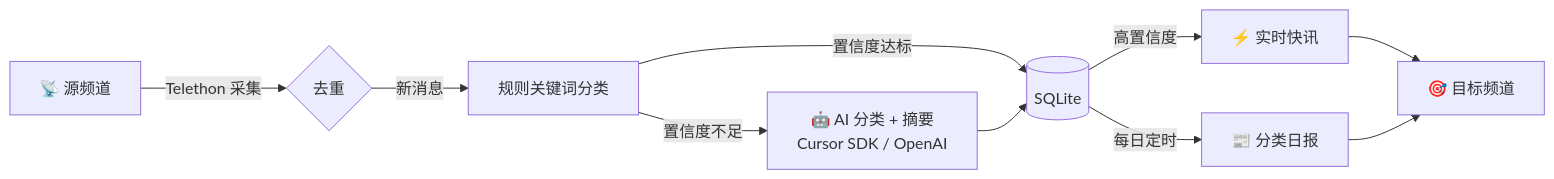
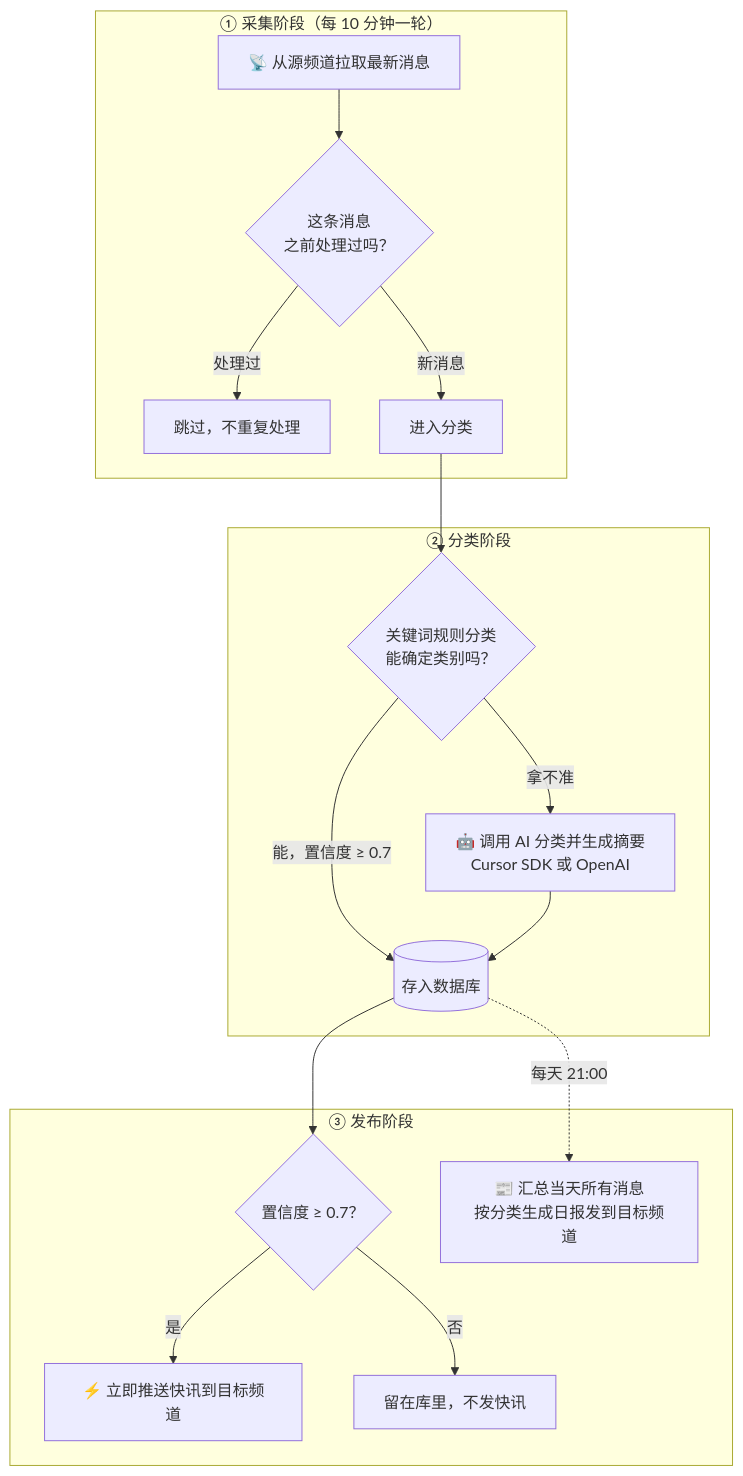
The diagram in README.md (WoYinDao/Tgnewsbot-octo-umbrella), drawn with Mermaid before and after one commit. The commit also changed other lines of this file, not shown here.

Commit message:
docs: 重写工作流程章节，分阶段图示 + 逐步文字说明

````diff
--- a/README.md
+++ b/README.md
@@ -34,12 +36,22 @@
 ```mermaid
-flowchart LR
-    A[📡 源频道] -->|Telethon 采集| B{去重}
-    B -->|新消息| C[规则关键词分类]
-    C -->|置信度不足| D[🤖 AI 分类 + 摘要<br/>Cursor SDK / OpenAI]
-    C -->|置信度达标| E[(SQLite)]
-    D --> E
-    E -->|高置信度| F[⚡ 实时快讯]
-    E -->|每日定时| G[📰 分类日报]
-    F --> H[🎯 目标频道]
-    G --> H
+flowchart TD
+    subgraph S1[① 采集阶段（每 10 分钟一轮）]
+        A[📡 从源频道拉取最新消息] --> B{这条消息<br/>之前处理过吗？}
+        B -->|处理过| SKIP[跳过，不重复处理]
+        B -->|新消息| C[进入分类]
+    end
+
+    subgraph S2[② 分类阶段]
+        C --> D{关键词规则分类<br/>能确定类别吗？}
+        D -->|能，置信度 ≥ 0.7| F[(存入数据库)]
+        D -->|拿不准| E[🤖 调用 AI 分类并生成摘要<br/>Cursor SDK 或 OpenAI]
+        E --> F
+    end
+
+    subgraph S3[③ 发布阶段]
+        F --> G{置信度 ≥ 0.7？}
+        G -->|是| H[⚡ 立即推送快讯到目标频道]
+        G -->|否| I[留在库里，不发快讯]
+        F -.每天 21:00.-> J[📰 汇总当天所有消息<br/>按分类生成日报发到目标频道]
+    end
 ```
````
